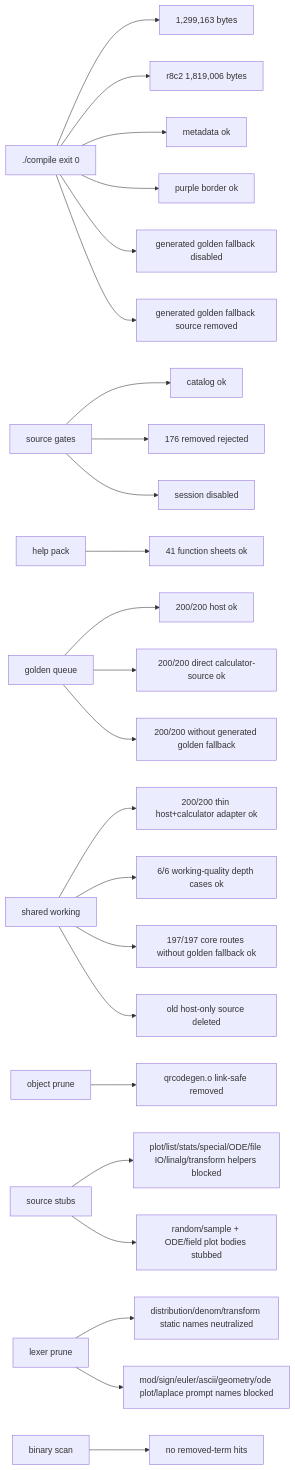
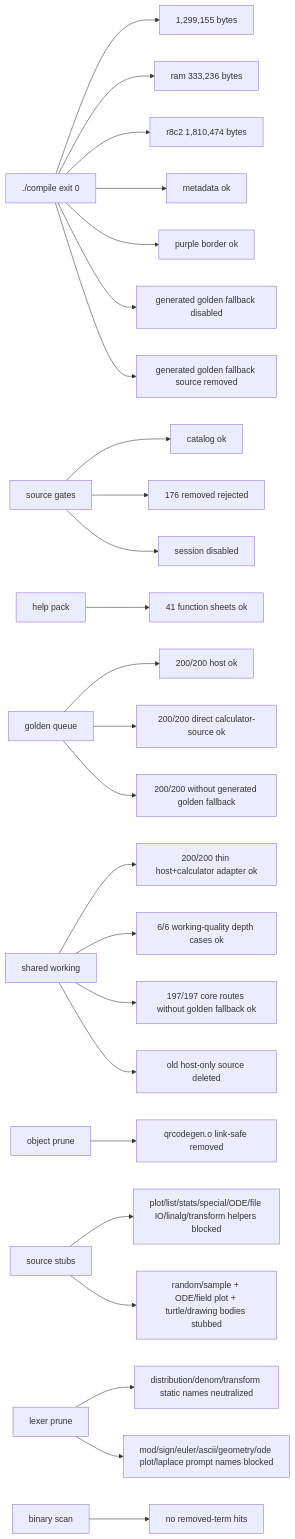
One commit to james8464/notes-addin-casio-fx-cg50 changed the seventh of 7 diagrams in docs/GRAPH.md. Above: the diagram before and after it, drawn with Mermaid. The commit also changed other lines of this file and 2 other files, not shown here.

Commit message:
prune: stub turtle drawing runtime

````diff
--- a/docs/GRAPH.md
+++ b/docs/GRAPH.md
@@ -158,26 +160,27 @@
 ```mermaid
 graph LR
-  Build["./compile exit 0"] --> Size["1,299,163 bytes"]
-  Build --> R8C2["r8c2 1,819,006 bytes"]
+  Build["./compile exit 0"] --> Size["1,299,155 bytes"]
+  Build --> Ram["ram 333,236 bytes"]
+  Build --> R8C2["r8c2 1,810,474 bytes"]
   Build --> Meta["metadata ok"]
   Build --> Border["purple border ok"]
   Build --> NoRuntimeFallback["generated golden fallback disabled"]
   Build --> NoRuntimeSource["generated golden fallback source removed"]
   Source["source gates"] --> Catalog["catalog ok"]
   Source --> Removed["176 removed rejected"]
   Source --> Session["session disabled"]
   Help["help pack"] --> HelpQ["41 function sheets ok"]
   Queue["golden queue"] --> QueueRun["200/200 host ok"]
   Queue --> GoldenRun["200/200 direct calculator-source ok"]
   Queue --> NoGolden["200/200 without generated golden fallback"]
   Shared["shared working"] --> SharedRun["200/200 thin host+calculator adapter ok"]
   Shared --> WorkQ["6/6 working-quality depth cases ok"]
   Shared --> CoreRun["197/197 core routes without golden fallback ok"]
   Shared --> NoHostSrc["old host-only source deleted"]
   Obj["object prune"] --> QR["qrcodegen.o link-safe removed"]
   Macro["source stubs"] --> Stubbed["plot/list/stats/special/ODE/file IO/linalg/transform helpers blocked"]
-  Macro --> RuntimeStubbed["random/sample + ODE/field plot bodies stubbed"]
+  Macro --> RuntimeStubbed["random/sample + ODE/field plot + turtle/drawing bodies stubbed"]
   Static["lexer prune"] --> StaticRun["distribution/denom/transform static names neutralized"]
   Static --> PromptRun["mod/sign/euler/ascii/geometry/ode plot/laplace prompt names blocked"]
   Bin["binary scan"] --> NoLeak["no removed-term hits"]
 ```
````
